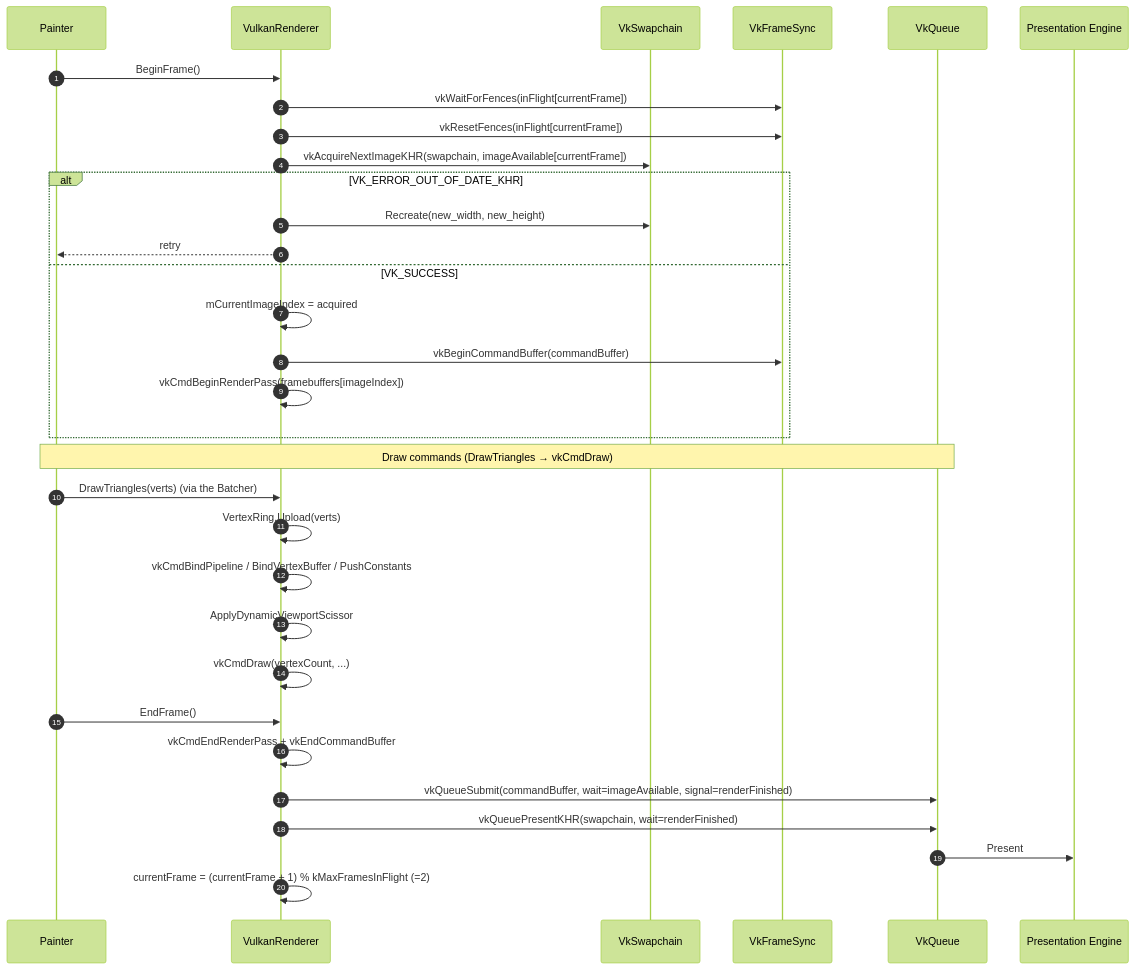
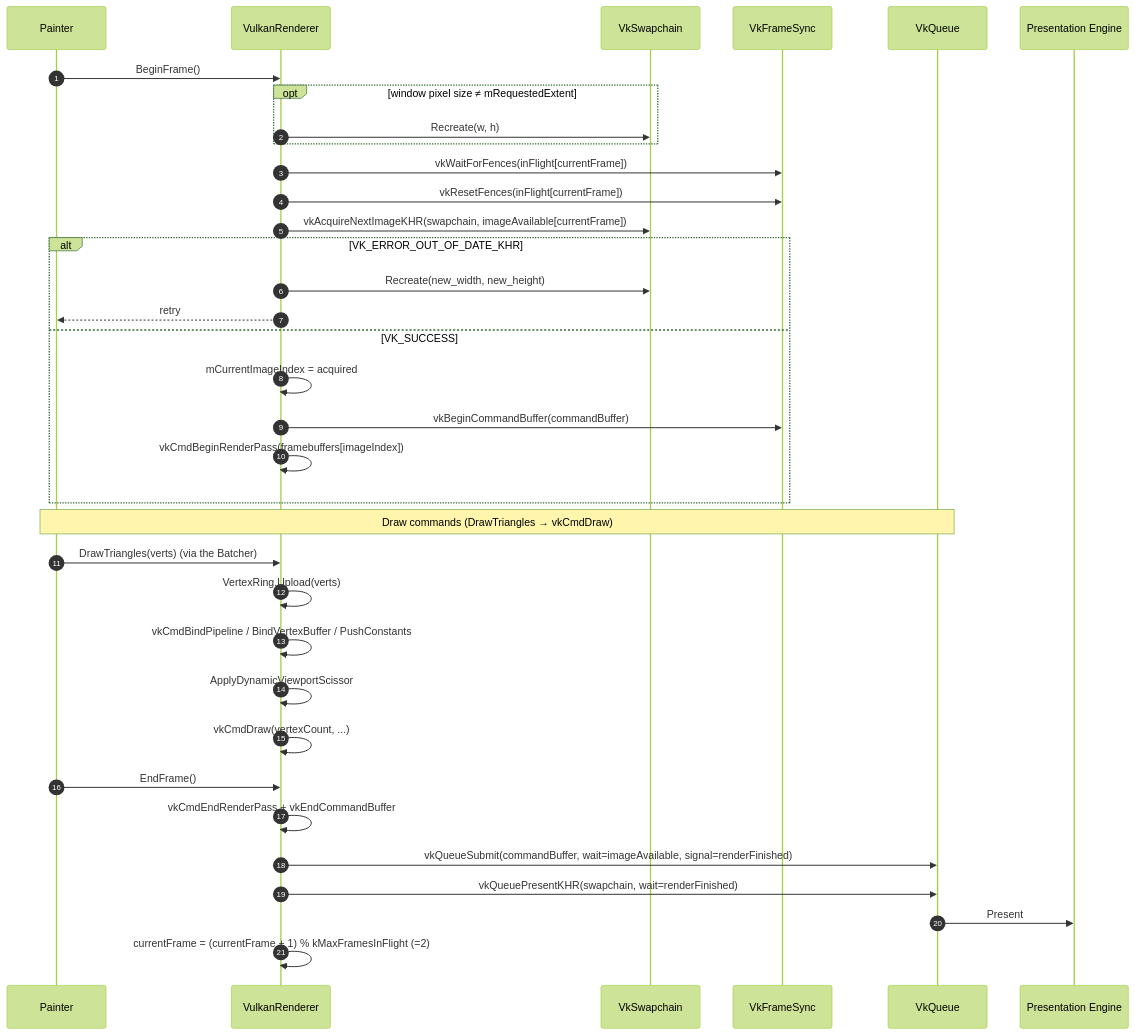
The ninth of 13 diagrams in doc/en/flows.md (yazilimperver/sdl-painter), drawn with Mermaid (forest theme) before and after one commit. The commit also changed other lines of this file and 30 other files, not shown here.

````diff
--- a/doc/en/flows.md
+++ b/doc/en/flows.md
@@ -338,38 +338,41 @@
 ```mermaid
 sequenceDiagram
     autonumber
     participant P as Painter
     participant VR as VulkanRenderer
     participant SC as VkSwapchain
     participant FS as VkFrameSync
     participant Q as VkQueue
     participant Pres as Presentation Engine
 
     P->>VR: BeginFrame()
+    opt window pixel size ≠ mRequestedExtent
+        VR->>SC: Recreate(w, h)
+    end
     VR->>FS: vkWaitForFences(inFlight[currentFrame])
     VR->>FS: vkResetFences(inFlight[currentFrame])
     VR->>SC: vkAcquireNextImageKHR(swapchain, imageAvailable[currentFrame])
 
     alt VK_ERROR_OUT_OF_DATE_KHR
         VR->>SC: Recreate(new_width, new_height)
         VR-->>P: retry
     else VK_SUCCESS
         VR->>VR: mCurrentImageIndex = acquired
         VR->>FS: vkBeginCommandBuffer(commandBuffer)
         VR->>VR: vkCmdBeginRenderPass(framebuffers[imageIndex])
     end
 
     Note over P,Q: Draw commands (DrawTriangles → vkCmdDraw)
     P->>VR: DrawTriangles(verts) (via the Batcher)
     VR->>VR: VertexRing.Upload(verts)
     VR->>VR: vkCmdBindPipeline / BindVertexBuffer / PushConstants
     VR->>VR: ApplyDynamicViewportScissor
     VR->>VR: vkCmdDraw(vertexCount, ...)
 
     P->>VR: EndFrame()
     VR->>VR: vkCmdEndRenderPass + vkEndCommandBuffer
     VR->>Q: vkQueueSubmit(commandBuffer, wait=imageAvailable, signal=renderFinished)
     VR->>Q: vkQueuePresentKHR(swapchain, wait=renderFinished)
     Q->>Pres: Present
     VR->>VR: currentFrame = (currentFrame + 1) % kMaxFramesInFlight (=2)
 ```
````
